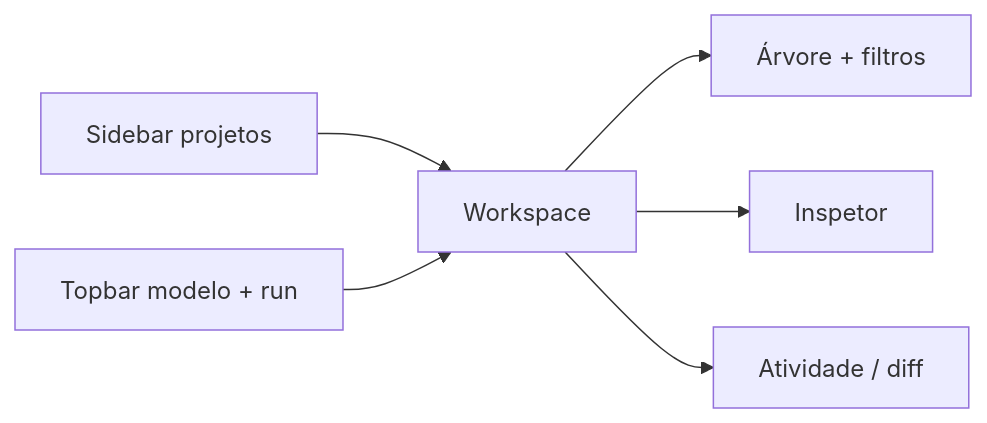
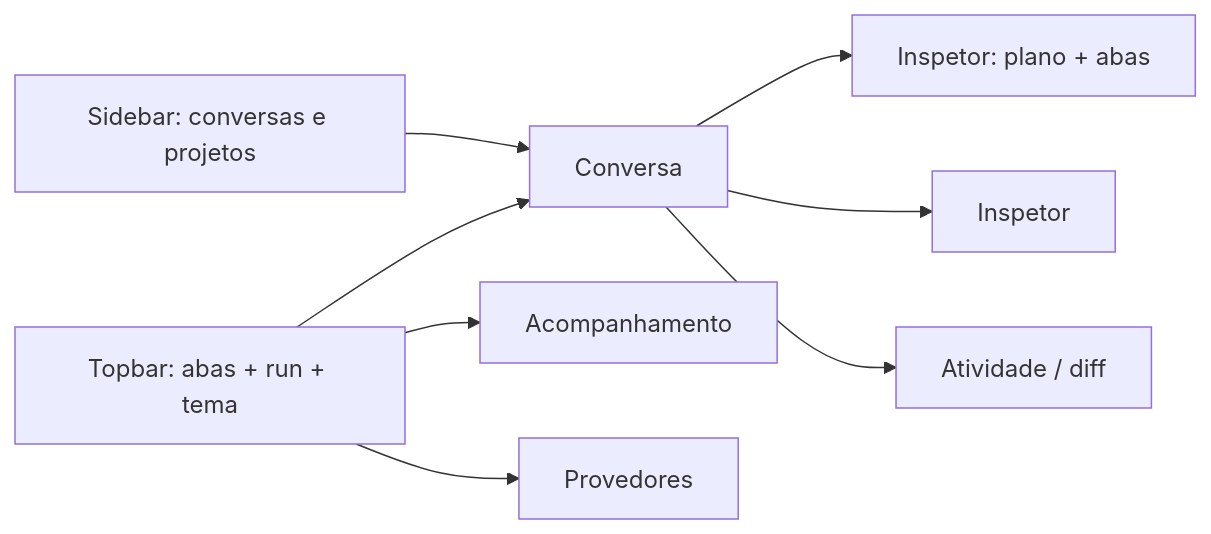
Before and after one commit to HidekiNishida/Callidus: the diagram in docs/architecture/ux-ui.md, drawn with Mermaid. The commit also changed other lines of this file and 35 other files, not shown here.

````diff
--- a/docs/architecture/ux-ui.md
+++ b/docs/architecture/ux-ui.md
@@ -34,8 +35,10 @@
 ```mermaid
 flowchart LR
-  SB[Sidebar projetos] --> WS[Workspace]
-  WS --> TREE[Árvore + filtros]
-  WS --> INS[Inspetor]
-  WS --> ACT[Atividade / diff]
-  TB[Topbar modelo + run] --> WS
+  TB[Topbar: abas + run + tema] --> CH[Conversa]
+  TB --> LV[Acompanhamento]
+  TB --> PV[Provedores]
+  SB[Sidebar: conversas e projetos] --> CH
+  CH --> TREE[Inspetor: plano + abas]
+  CH --> INS[Inspetor]
+  CH --> ACT[Atividade / diff]
 ```
````
